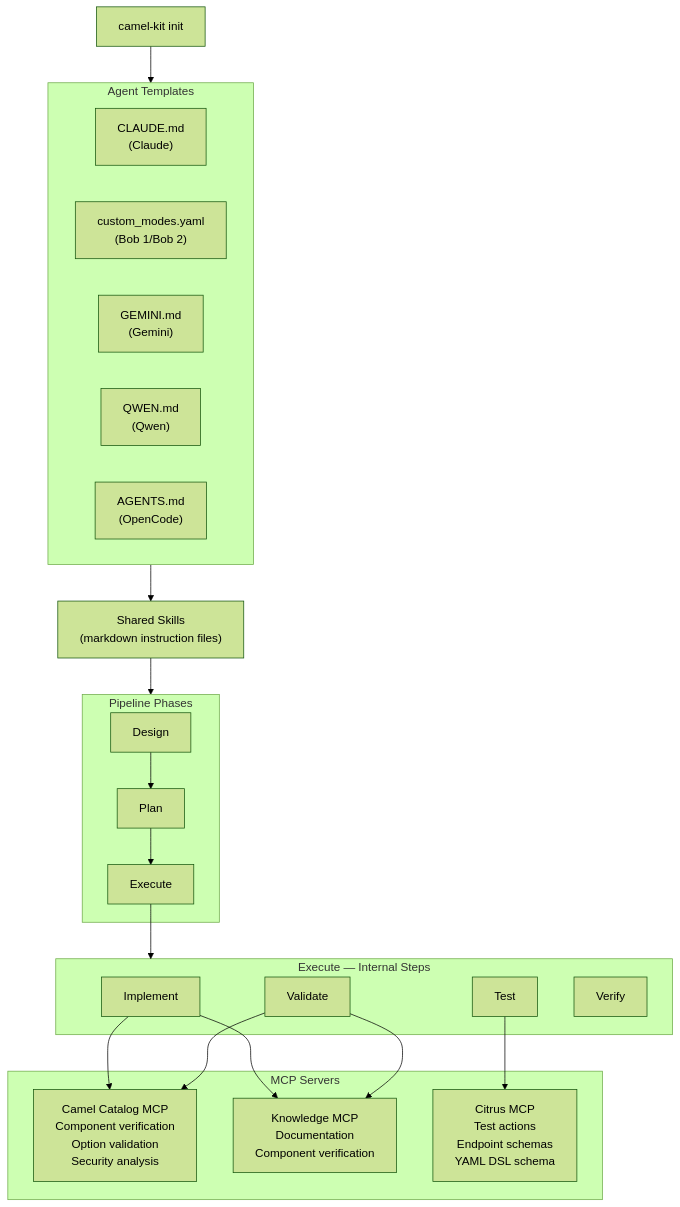
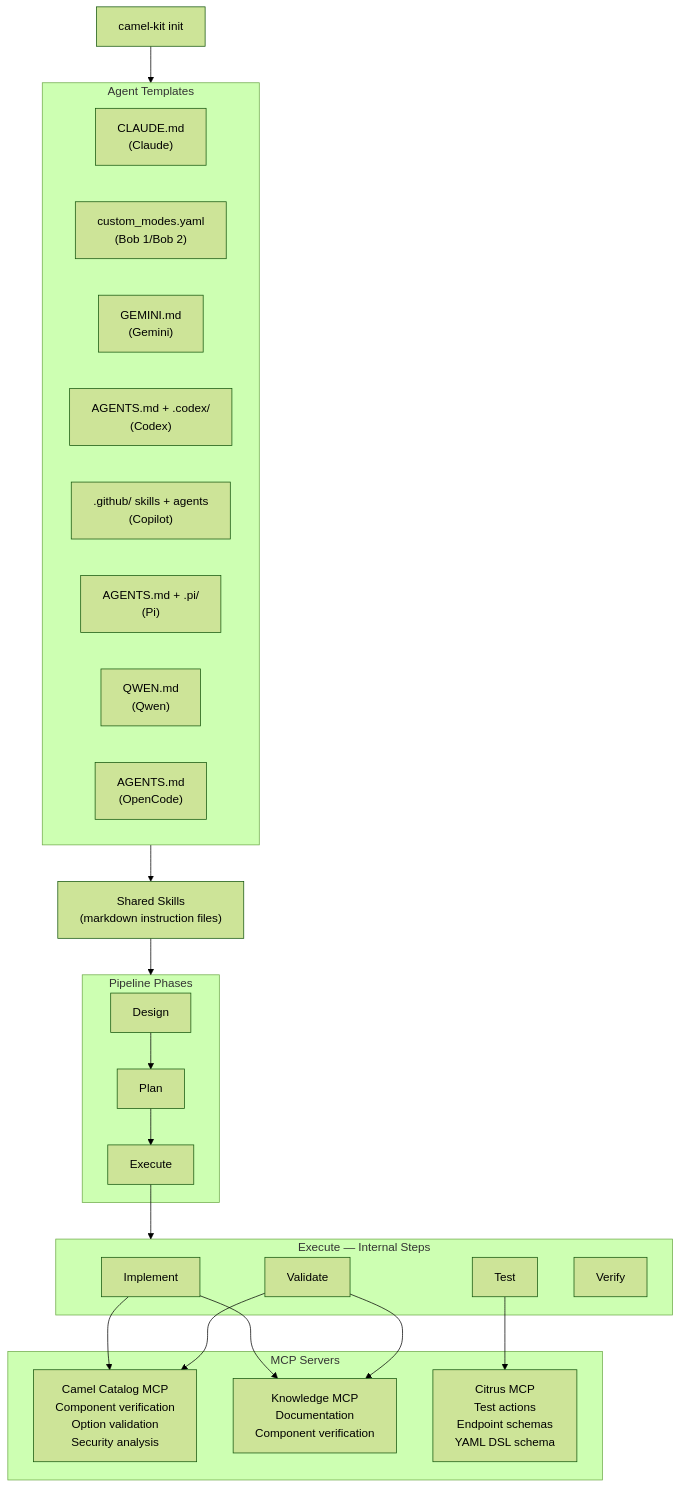
Before and after one commit to luigidemasi/camel-kit: the seventh of 7 diagrams in docs/camel-kit-overview.md, drawn with Mermaid (forest theme). The commit also changed other lines of this file and 54 other files, not shown here.

````diff
--- a/docs/camel-kit-overview.md
+++ b/docs/camel-kit-overview.md
@@ -353,42 +356,45 @@
 ```mermaid
 flowchart TB
     init["camel-kit init"]
 
     subgraph templates ["Agent Templates"]
         claude["CLAUDE.md\n(Claude)"]
         bob["custom_modes.yaml\n(Bob 1/Bob 2)"]
         gemini["GEMINI.md\n(Gemini)"]
+        codex["AGENTS.md + .codex/\n(Codex)"]
+        copilot[".github/ skills + agents\n(Copilot)"]
+        pi["AGENTS.md + .pi/\n(Pi)"]
         qwen["QWEN.md\n(Qwen)"]
         opencode["AGENTS.md\n(OpenCode)"]
     end
 
     skills["Shared Skills\n(markdown instruction files)"]
 
     subgraph pipeline ["Pipeline Phases"]
         design["Design"]
         plan["Plan"]
         execute["Execute"]
     end
 
     subgraph internal ["Execute — Internal Steps"]
         implement["Implement"]
         validate["Validate"]
         test["Test"]
         verify["Verify"]
     end
 
     subgraph mcp ["MCP Servers"]
         catalog["Camel Catalog MCP\nComponent verification\nOption validation\nSecurity analysis"]
         knowledge["Knowledge MCP\nDocumentation\nComponent verification"]
         citrus["Citrus MCP\nTest actions\nEndpoint schemas\nYAML DSL schema"]
     end
 
     init --> templates
     templates --> skills
     skills --> pipeline
     design --> plan --> execute
     execute --> internal
     implement & validate --> catalog
     implement & validate --> knowledge
     test --> citrus
 ```
````
